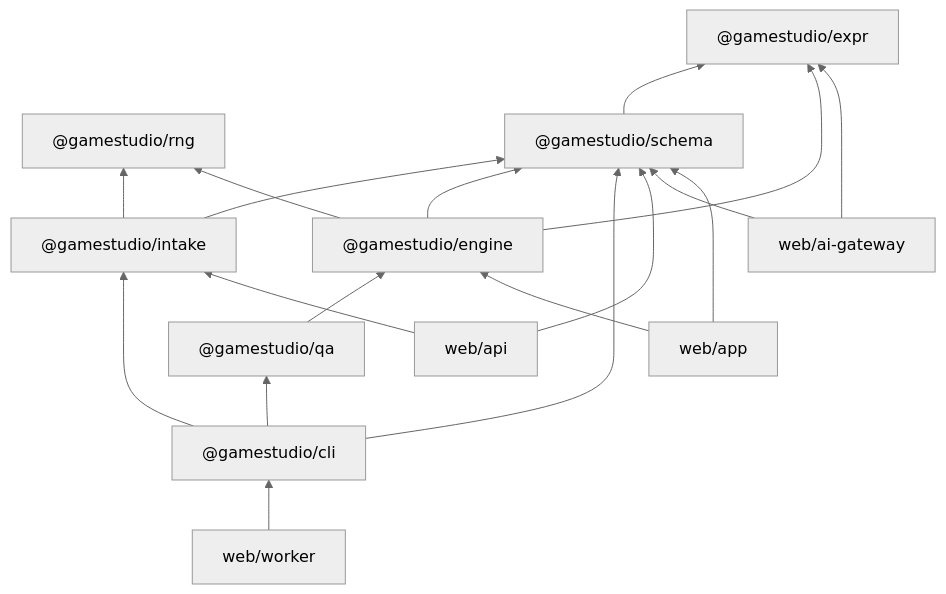
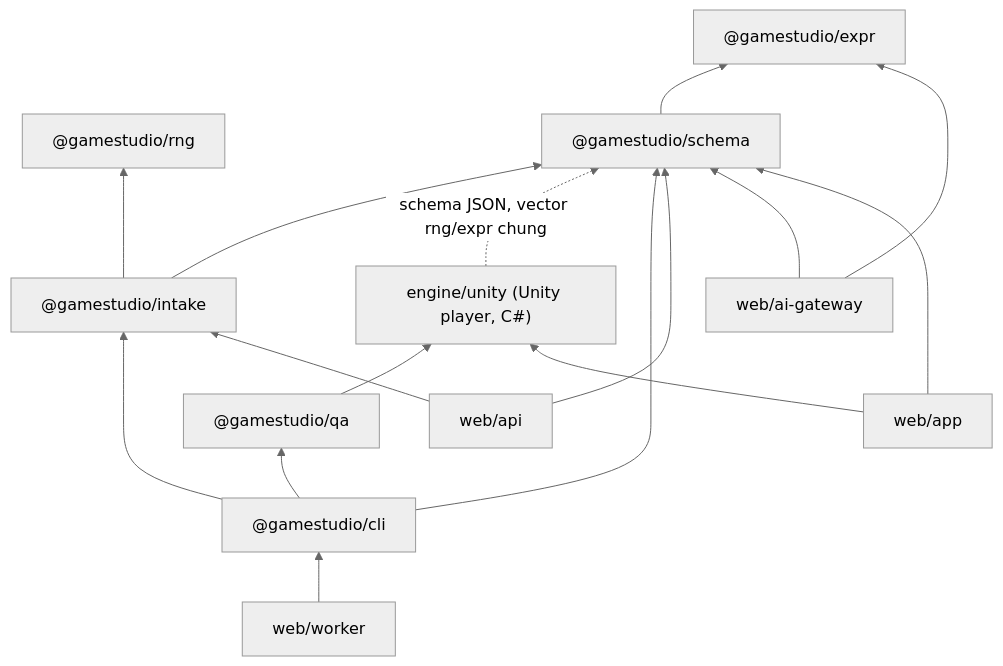
Before and after one commit to huy8462/GameStudio: the fourth of 4 diagrams in docs/TSD/TSD-00-TONG-QUAN.md, drawn with Mermaid (neutral theme). The commit also changed other lines of this file and 14 other files, not shown here.

````diff
--- a/docs/TSD/TSD-00-TONG-QUAN.md
+++ b/docs/TSD/TSD-00-TONG-QUAN.md
@@ -254,22 +254,20 @@
 ```mermaid
 flowchart BT
     rng["@gamestudio/rng"]
     expr["@gamestudio/expr"]
     schema["@gamestudio/schema"] --> expr
     intake["@gamestudio/intake"] --> schema
     intake --> rng
-    engine["@gamestudio/engine"] --> schema
-    engine --> rng
-    engine --> expr
+    engine["engine/unity (Unity player, C#)"] -. "schema JSON, vector rng/expr chung" .-> schema
     qa["@gamestudio/qa"] --> engine
     cli["@gamestudio/cli"] --> intake
     cli --> qa
     cli --> schema
     api["web/api"] --> intake
     api --> schema
     gw["web/ai-gateway"] --> schema
     gw --> expr
     worker["web/worker"] --> cli
     app["web/app"] --> engine
     app --> schema
 ```
````
